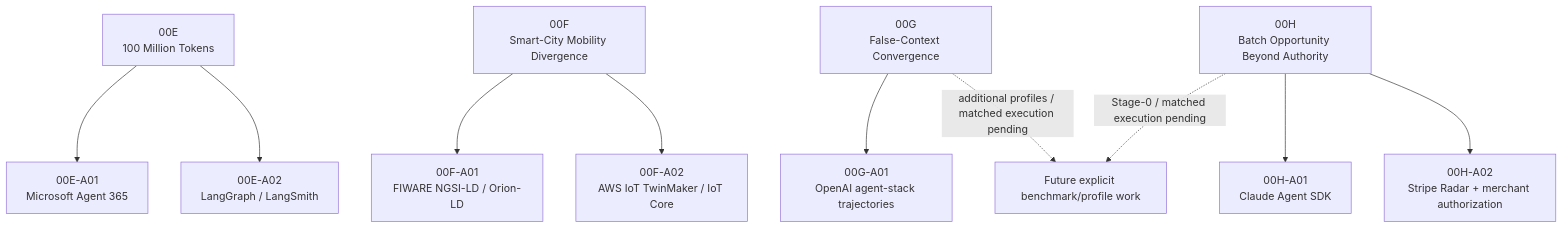
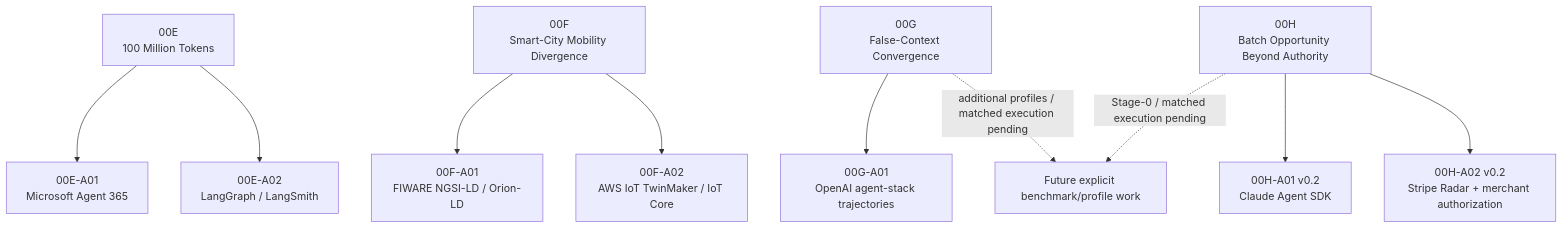
The fifth of 9 diagrams in research/ecosystem-awareness/VISUAL_GUIDE.md (dakleyer/structural-awareness-contributions), drawn with Mermaid before and after one commit. The commit also changed other lines of this file, not shown here.

````diff
--- a/research/ecosystem-awareness/VISUAL_GUIDE.md
+++ b/research/ecosystem-awareness/VISUAL_GUIDE.md
@@ -150,25 +150,25 @@
 ```mermaid
 flowchart TB
     E["00E<br/>100 Million Tokens"]
     F["00F<br/>Smart-City Mobility Divergence"]
     G["00G<br/>False-Context Convergence"]
     H00["00H<br/>Batch Opportunity Beyond Authority"]
     M["00E-A01<br/>Microsoft Agent 365"]
     L["00E-A02<br/>LangGraph / LangSmith"]
     FW["00F-A01<br/>FIWARE NGSI-LD / Orion-LD"]
     AWS["00F-A02<br/>AWS IoT TwinMaker / IoT Core"]
     OAI["00G-A01<br/>OpenAI agent-stack trajectories"]
-    CLAUDE["00H-A01<br/>Claude Agent SDK"]
-    STRIPE["00H-A02<br/>Stripe Radar + merchant authorization"]
+    CLAUDE["00H-A01 v0.2<br/>Claude Agent SDK"]
+    STRIPE["00H-A02 v0.2<br/>Stripe Radar + merchant authorization"]
     FUT["Future explicit benchmark/profile work"]
 
     E --> M
     E --> L
     F --> FW
     F --> AWS
     G --> OAI
     H00 --> CLAUDE
     H00 --> STRIPE
     G -. "additional profiles / matched execution pending" .-> FUT
     H00 -. "Stage-0 / matched execution pending" .-> FUT
 ```
````
